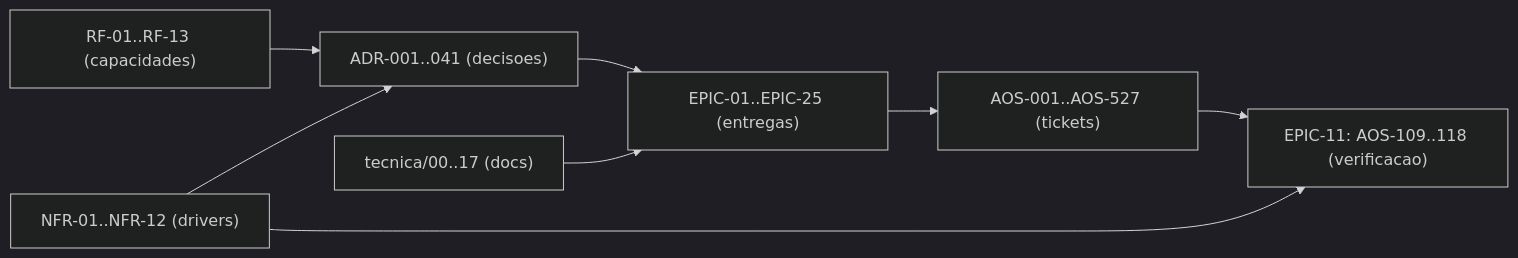
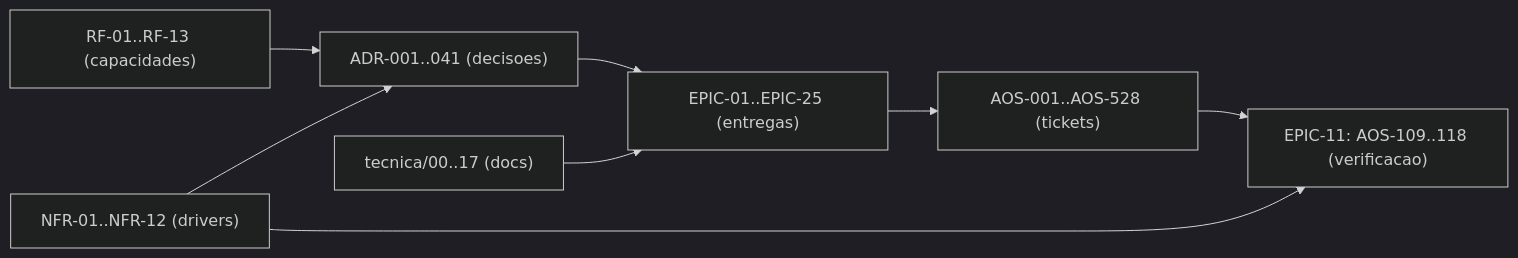
One commit to albinoJimy/aos changed the diagram in tecnica/16_Rastreabilidade_RTM.md. Above: the diagram before and after it, drawn with Mermaid (dark theme). The commit also changed other lines of this file and 5 other files, not shown here.

````diff
--- a/tecnica/16_Rastreabilidade_RTM.md
+++ b/tecnica/16_Rastreabilidade_RTM.md
@@ -209,10 +209,10 @@
 ```mermaid
 flowchart LR
     RF["RF-01..RF-13 (capacidades)"] --> ADR["ADR-001..041 (decisoes)"]
     NFR["NFR-01..NFR-12 (drivers)"] --> ADR
     ADR --> EPIC["EPIC-01..EPIC-25 (entregas)"]
-    EPIC --> TICK["AOS-001..AOS-527 (tickets)"]
+    EPIC --> TICK["AOS-001..AOS-528 (tickets)"]
     DOC["tecnica/00..17 (docs)"] --> EPIC
     TICK --> TEST["EPIC-11: AOS-109..118 (verificacao)"]
     NFR --> TEST
 ```
````
